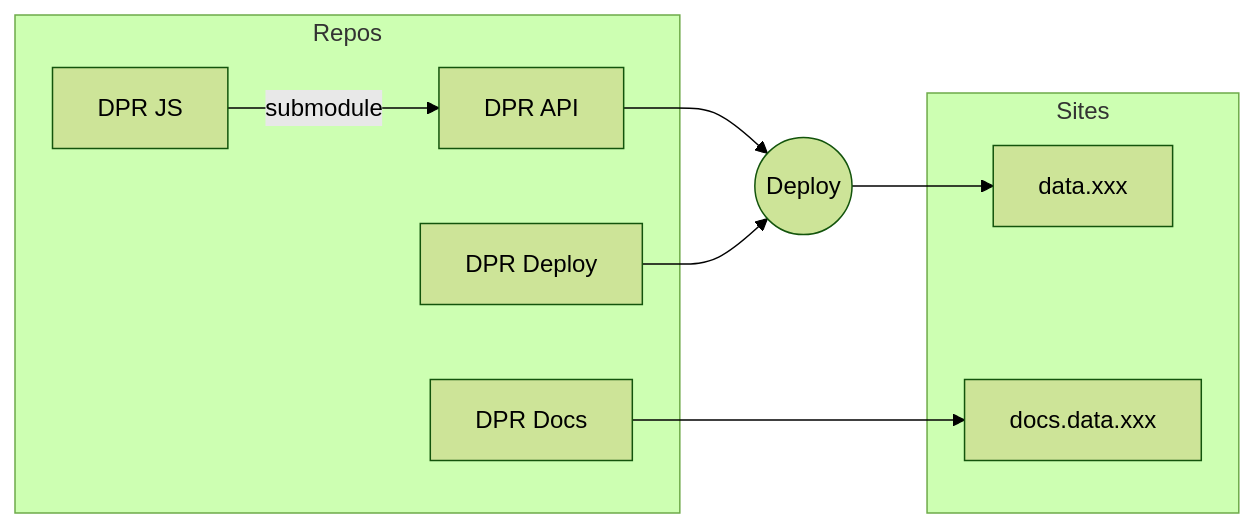
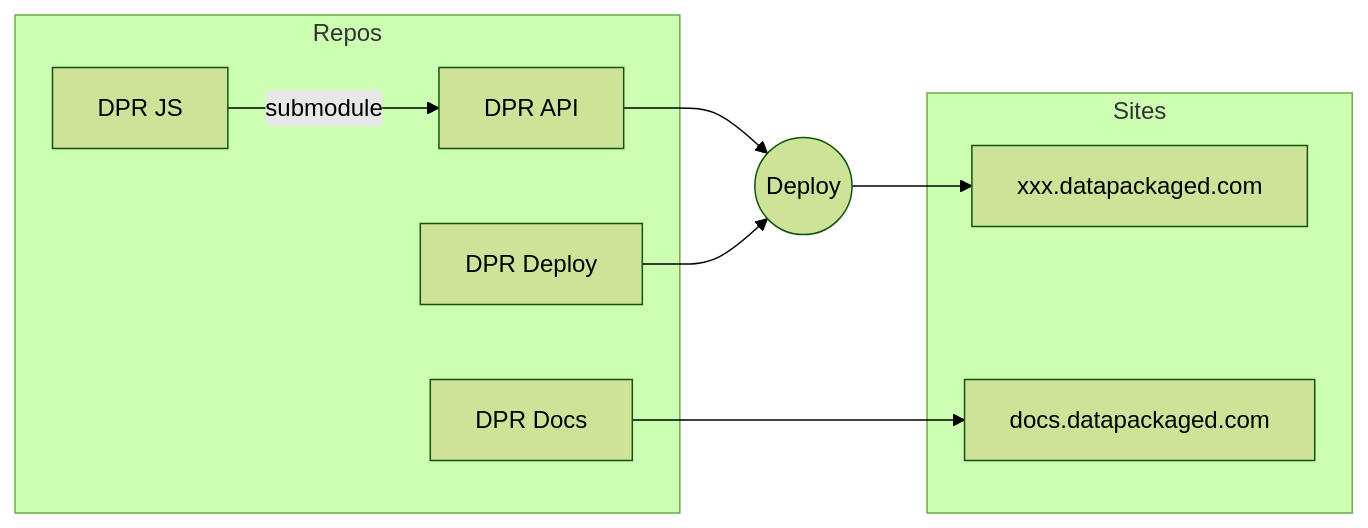
Before and after one commit to datopian/datahub-docs-tech: the diagram in docs/developers/index.md, drawn with Mermaid (forest theme). The commit also changed other lines of this file and 3 other files, not shown here.

```diff
--- a/docs/developers/index.md
+++ b/docs/developers/index.md
@@ -17,22 +19,22 @@
 <div class="mermaid">
 graph LR
 
 subgraph Repos
   dprapi[DPR API]
   dprjs[DPR JS]
   dprdeploy[DPR Deploy]
   dprdocs[DPR Docs]
   dprjs --submodule--> dprapi
 end
 
 subgraph Sites
-  dhio[data.xxx]
-  dhdocs[docs.data.xxx]
+  dhio[xxx.datapackaged.com]
+  dhdocs[docs.datapackaged.com]
   dprdocs --> dhdocs
 end
 
 deploy((Deploy))
 dprapi --> deploy
 deploy --> dhio
 dprdeploy --> deploy
 </div>
```
